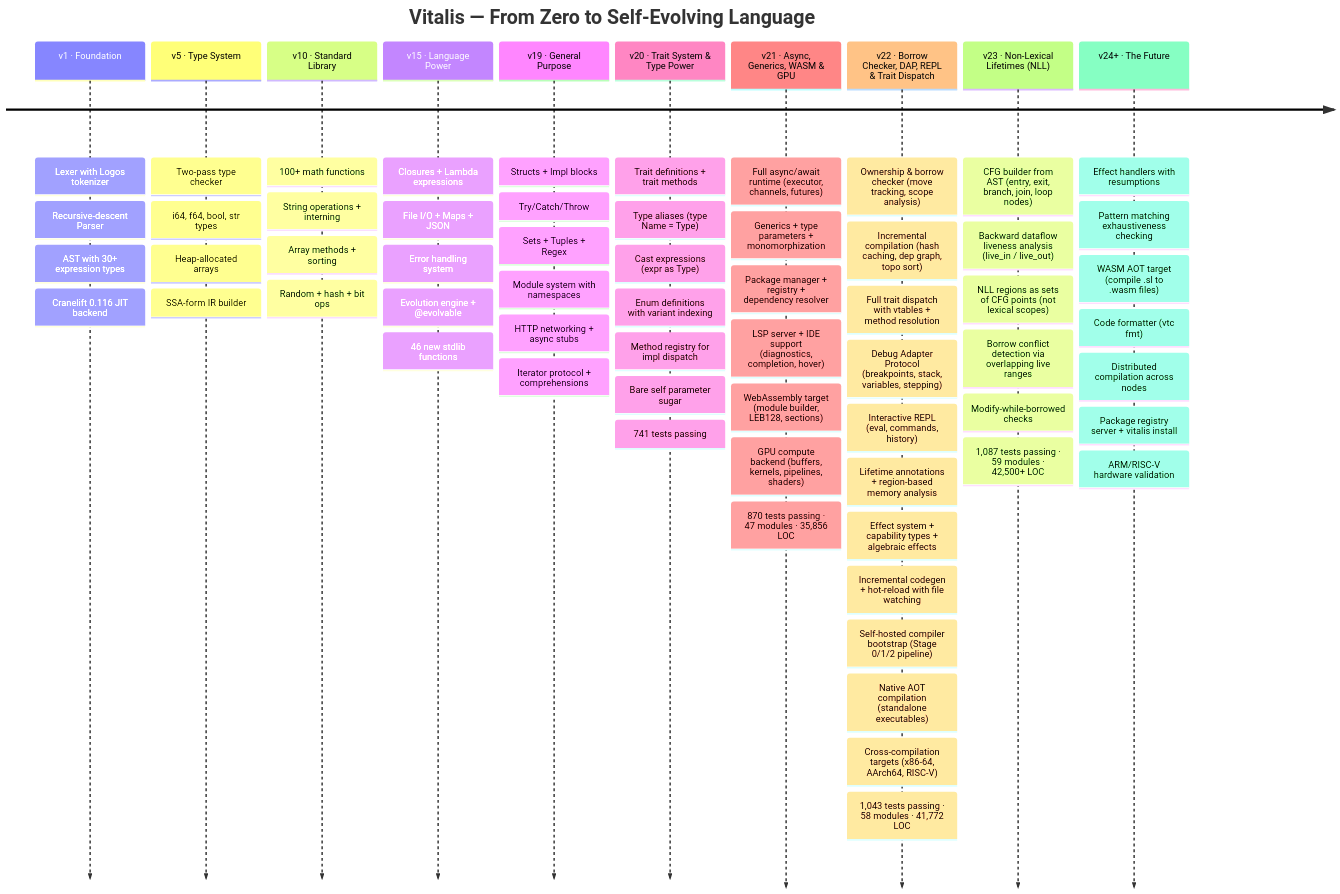
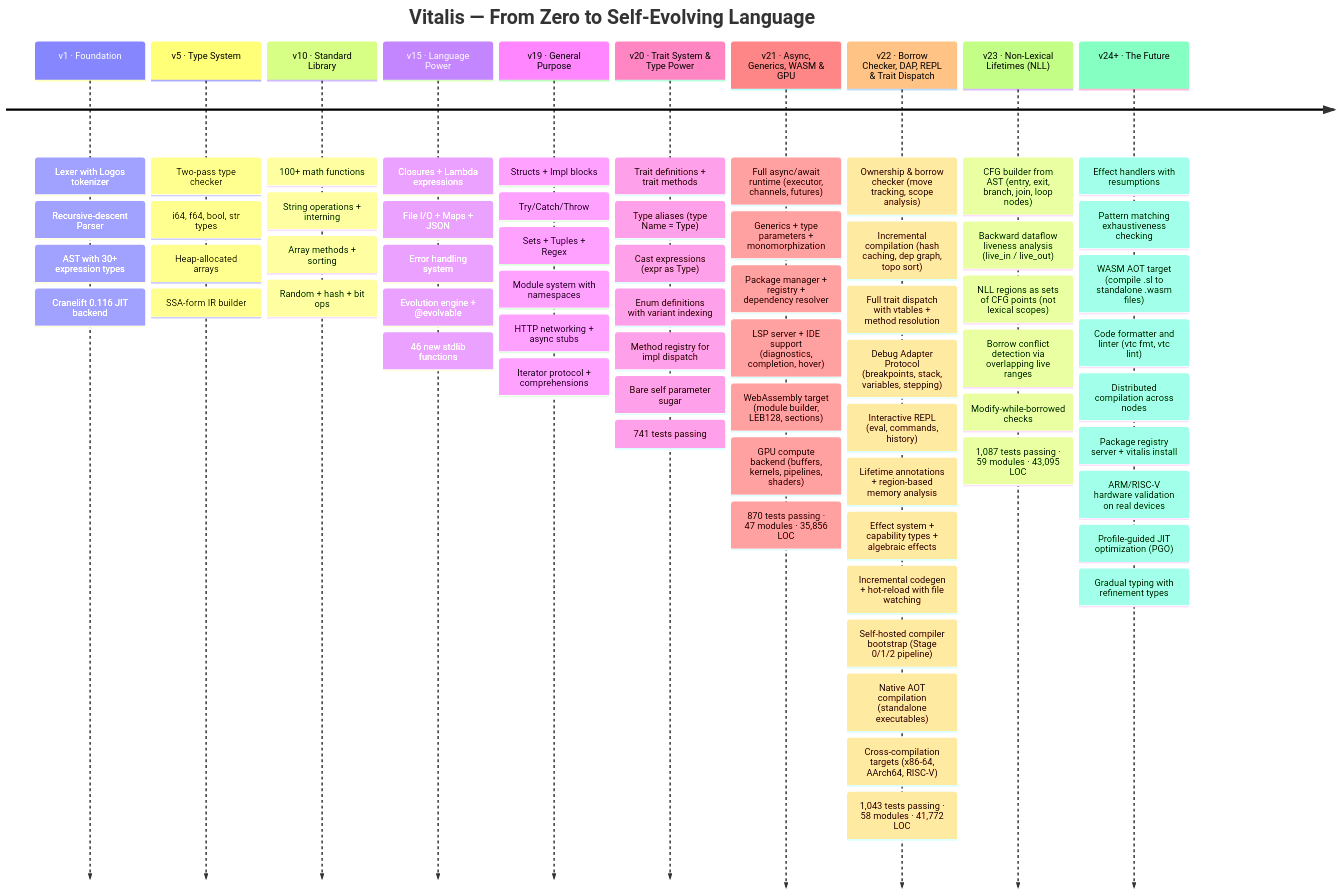
One commit to ModernOps888/vitalis changed the seventh of 7 diagrams in README.md. Above: the diagram before and after it, drawn with Mermaid. The commit also changed other lines of this file and 4 other files, not shown here.

First line of the commit message:
docs: update LOC to 43,095, expand v24-v32 roadmap, fix stale test counts

````diff
--- a/README.md
+++ b/README.md
@@ -1065,14 +1066,16 @@
         : NLL regions as sets of CFG points (not lexical scopes)
         : Borrow conflict detection via overlapping live ranges
         : Modify-while-borrowed checks
-        : 1,087 tests passing · 59 modules · 42,500+ LOC
+        : 1,087 tests passing · 59 modules · 43,095 LOC
 
     v24+ · The Future
         : Effect handlers with resumptions
         : Pattern matching exhaustiveness checking
-        : WASM AOT target (compile .sl to .wasm files)
-        : Code formatter (vtc fmt)
+        : WASM AOT target (compile .sl to standalone .wasm files)
+        : Code formatter and linter (vtc fmt, vtc lint)
         : Distributed compilation across nodes
         : Package registry server + vitalis install
-        : ARM/RISC-V hardware validation
+        : ARM/RISC-V hardware validation on real devices
+        : Profile-guided JIT optimization (PGO)
+        : Gradual typing with refinement types
 ```
````
